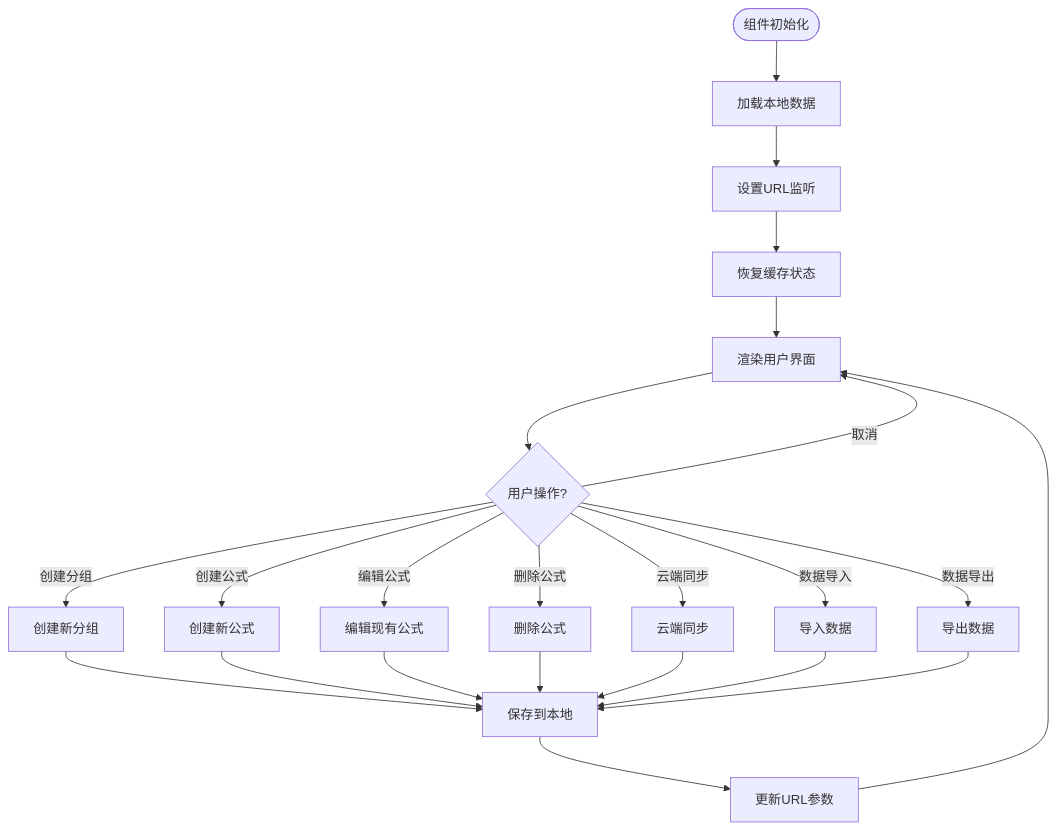
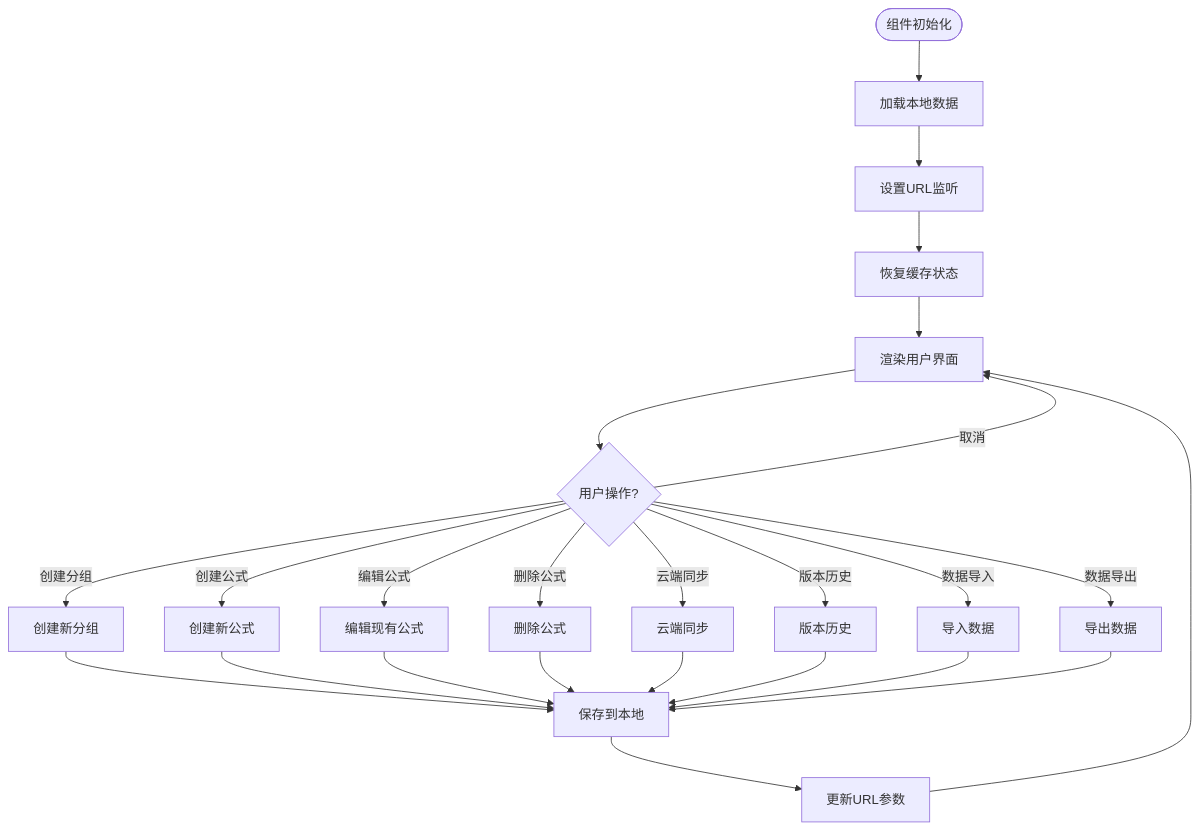
The fifth of 11 diagrams in .qoder/repowiki/zh/content/用户指南/数据管理/云存储系统.md (steveyu2/formula-mapper), drawn with Mermaid before and after one commit. The commit also changed other lines of this file and 7 other files, not shown here.

````diff
--- a/.qoder/repowiki/zh/content/用户指南/数据管理/云存储系统.md
+++ b/.qoder/repowiki/zh/content/用户指南/数据管理/云存储系统.md
@@ -236,25 +253,27 @@
 ```mermaid
 flowchart TD
 Start([组件初始化]) --> LoadData["加载本地数据"]
 LoadData --> SetupURL["设置URL监听"]
 SetupURL --> SetupCache["恢复缓存状态"]
 SetupCache --> RenderUI["渲染用户界面"]
 RenderUI --> UserAction{"用户操作?"}
 UserAction --> |创建分组| CreateGroup["创建新分组"]
 UserAction --> |创建公式| CreateFormula["创建新公式"]
 UserAction --> |编辑公式| EditFormula["编辑现有公式"]
 UserAction --> |删除公式| DeleteFormula["删除公式"]
 UserAction --> |云端同步| CloudSync["云端同步"]
+UserAction --> |版本历史| VersionHistory["版本历史"]
 UserAction --> |数据导入| ImportData["导入数据"]
 UserAction --> |数据导出| ExportData["导出数据"]
 CreateGroup --> SaveLocal["保存到本地"]
 CreateFormula --> SaveLocal
 EditFormula --> SaveLocal
 DeleteFormula --> SaveLocal
 CloudSync --> SaveLocal
+VersionHistory --> SaveLocal
 ImportData --> SaveLocal
 ExportData --> SaveLocal
 SaveLocal --> UpdateURL["更新URL参数"]
 UpdateURL --> RenderUI
 UserAction --> |取消| RenderUI
 ```
````
